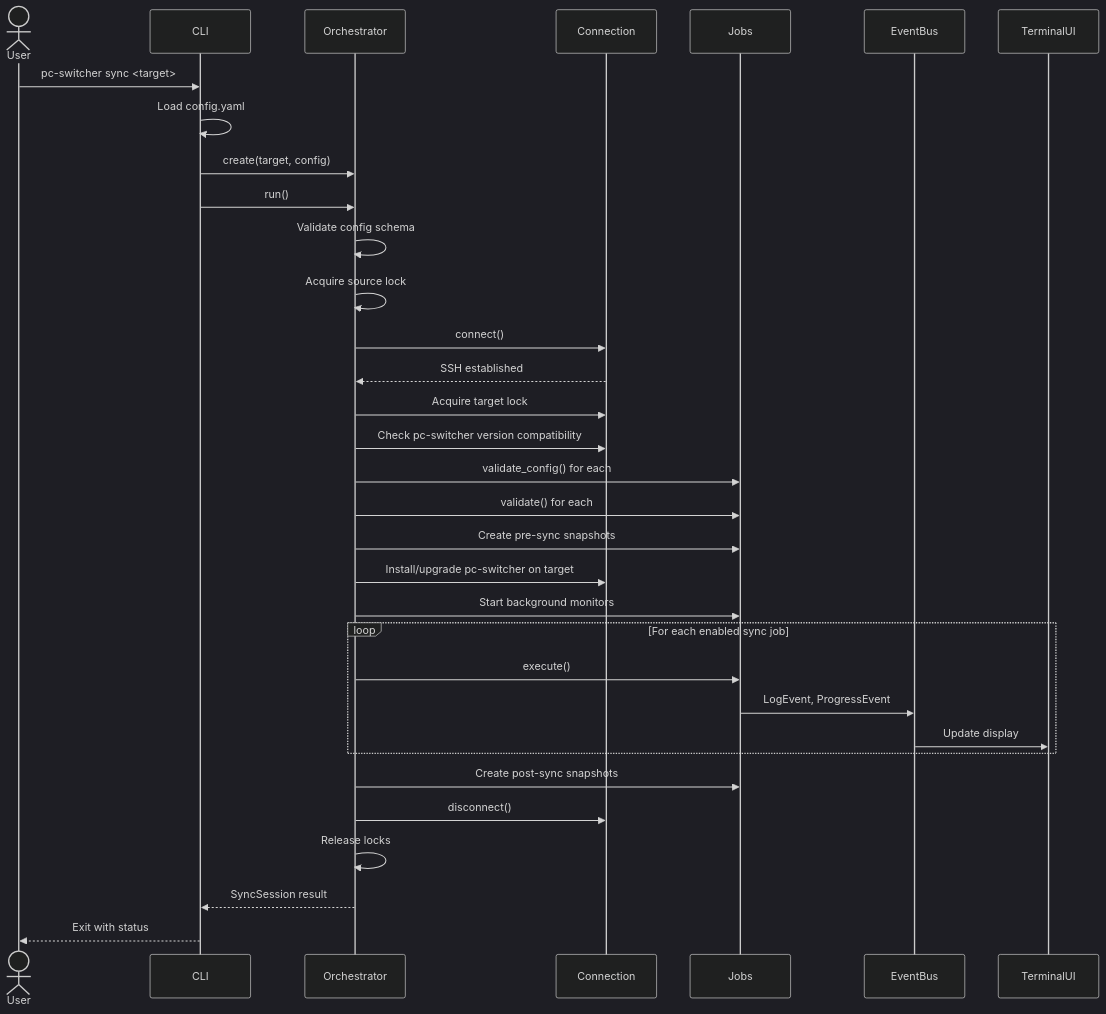
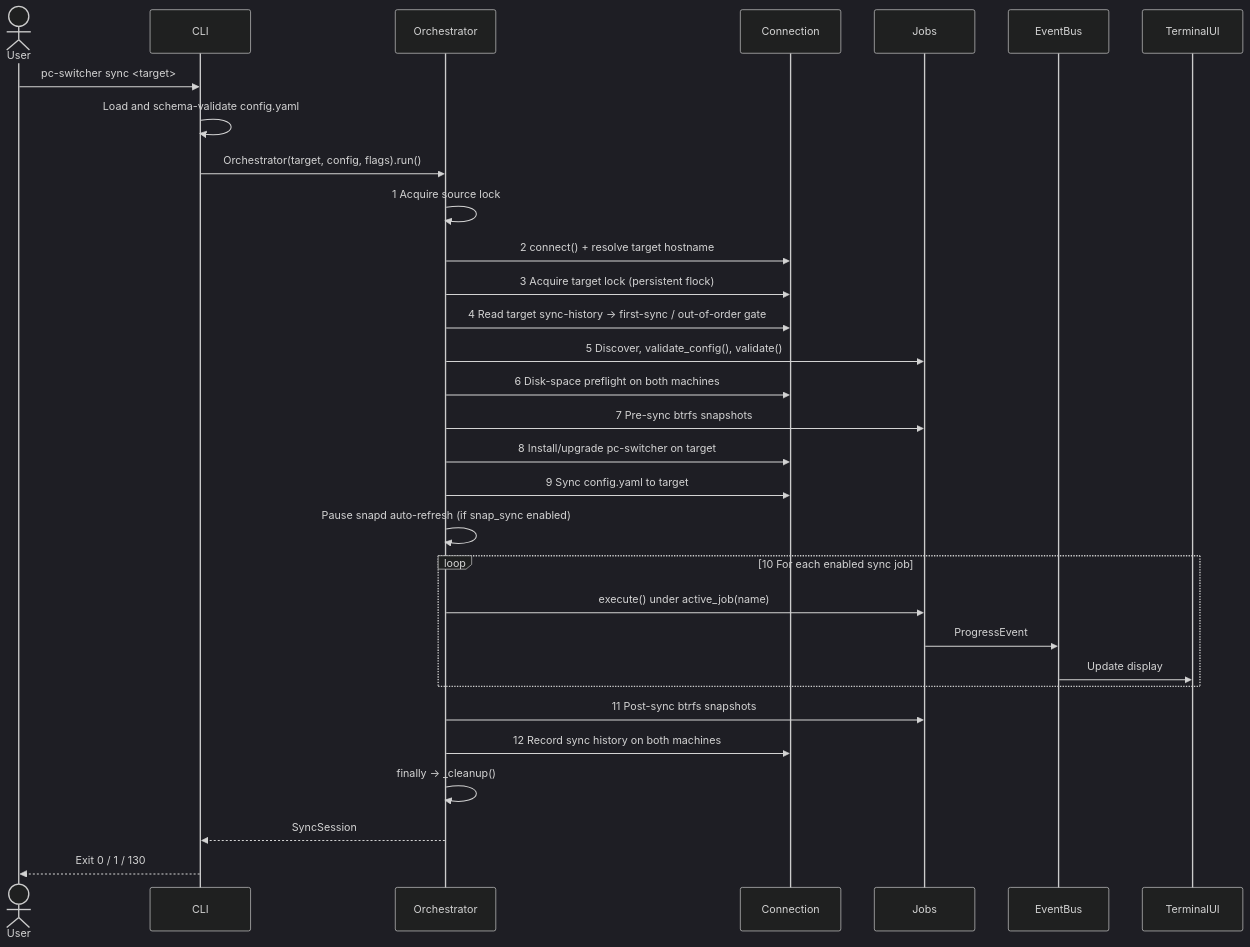
Before and after one commit to flaksit/pc-switcher: the sixth of 6 diagrams in docs/system/architecture.md, drawn with Mermaid (dark theme). The commit also changed other lines of this file and 2 other files, not shown here.

First line of the commit message:
docs(core): the golden record reads back what the code does

````diff
--- a/docs/system/architecture.md
+++ b/docs/system/architecture.md
@@ -269,41 +307,37 @@
 ```mermaid
 sequenceDiagram
     actor User
     participant CLI
     participant Orchestrator
     participant Connection
     participant Jobs
     participant EventBus
     participant TerminalUI
 
     User->>CLI: pc-switcher sync <target>
-    CLI->>CLI: Load config.yaml
-    CLI->>Orchestrator: create(target, config)
-    CLI->>Orchestrator: run()
+    CLI->>CLI: Load and schema-validate config.yaml
+    CLI->>Orchestrator: Orchestrator(target, config, flags).run()
 
-    Orchestrator->>Orchestrator: Validate config schema
-    Orchestrator->>Orchestrator: Acquire source lock
-    Orchestrator->>Connection: connect()
-    Connection-->>Orchestrator: SSH established
-    Orchestrator->>Connection: Acquire target lock
+    Orchestrator->>Orchestrator: 1 Acquire source lock
+    Orchestrator->>Connection: 2 connect() + resolve target hostname
+    Orchestrator->>Connection: 3 Acquire target lock (persistent flock)
+    Orchestrator->>Connection: 4 Read target sync-history → first-sync / out-of-order gate
+    Orchestrator->>Jobs: 5 Discover, validate_config(), validate()
+    Orchestrator->>Connection: 6 Disk-space preflight on both machines
+    Orchestrator->>Jobs: 7 Pre-sync btrfs snapshots
+    Orchestrator->>Connection: 8 Install/upgrade pc-switcher on target
+    Orchestrator->>Connection: 9 Sync config.yaml to target
 
-    Orchestrator->>Connection: Check pc-switcher version compatibility
-    Orchestrator->>Jobs: validate_config() for each
-    Orchestrator->>Jobs: validate() for each
-
-    Orchestrator->>Jobs: Create pre-sync snapshots
-    Orchestrator->>Connection: Install/upgrade pc-switcher on target
-    Orchestrator->>Jobs: Start background monitors
-
-    loop For each enabled sync job
-        Orchestrator->>Jobs: execute()
-        Jobs->>EventBus: LogEvent, ProgressEvent
+    Orchestrator->>Orchestrator: Pause snapd auto-refresh (if snap_sync enabled)
+    loop 10 For each enabled sync job
+        Orchestrator->>Jobs: execute() under active_job(name)
+        Jobs->>EventBus: ProgressEvent
         EventBus->>TerminalUI: Update display
     end
 
-    Orchestrator->>Jobs: Create post-sync snapshots
-    Orchestrator->>Connection: disconnect()
-    Orchestrator->>Orchestrator: Release locks
-    Orchestrator-->>CLI: SyncSession result
-    CLI-->>User: Exit with status
+    Orchestrator->>Jobs: 11 Post-sync btrfs snapshots
+    Orchestrator->>Connection: 12 Record sync history on both machines
+    Orchestrator->>Orchestrator: finally → _cleanup()
+    Orchestrator-->>CLI: SyncSession
+    CLI-->>User: Exit 0 / 1 / 130
 ```
````
